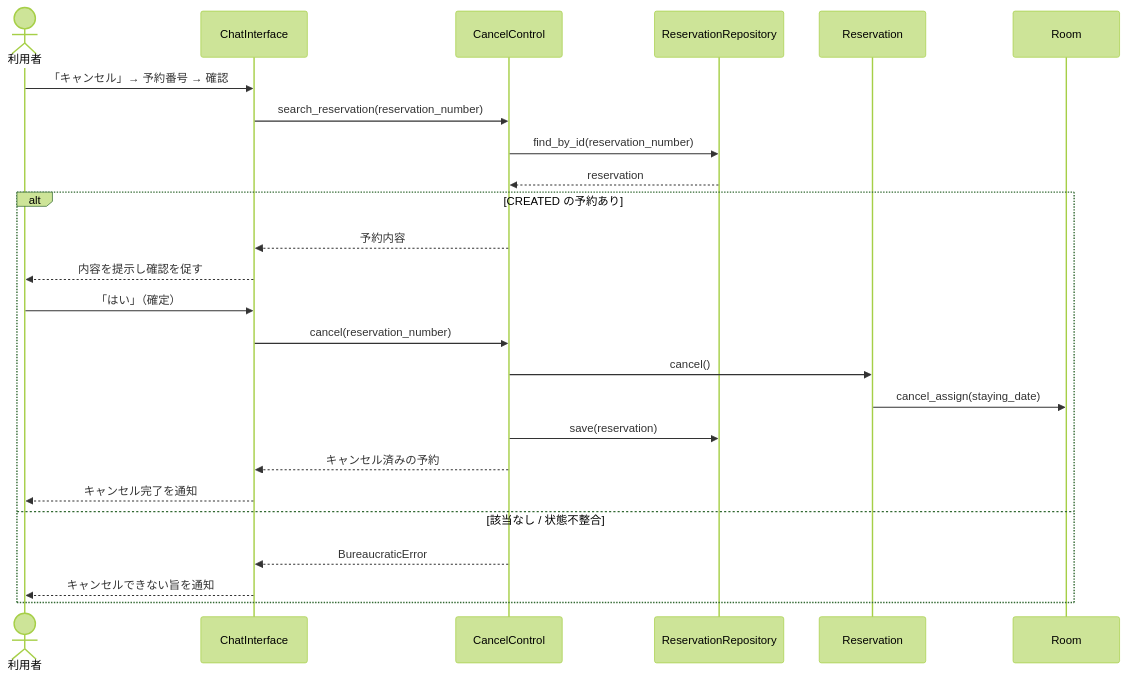
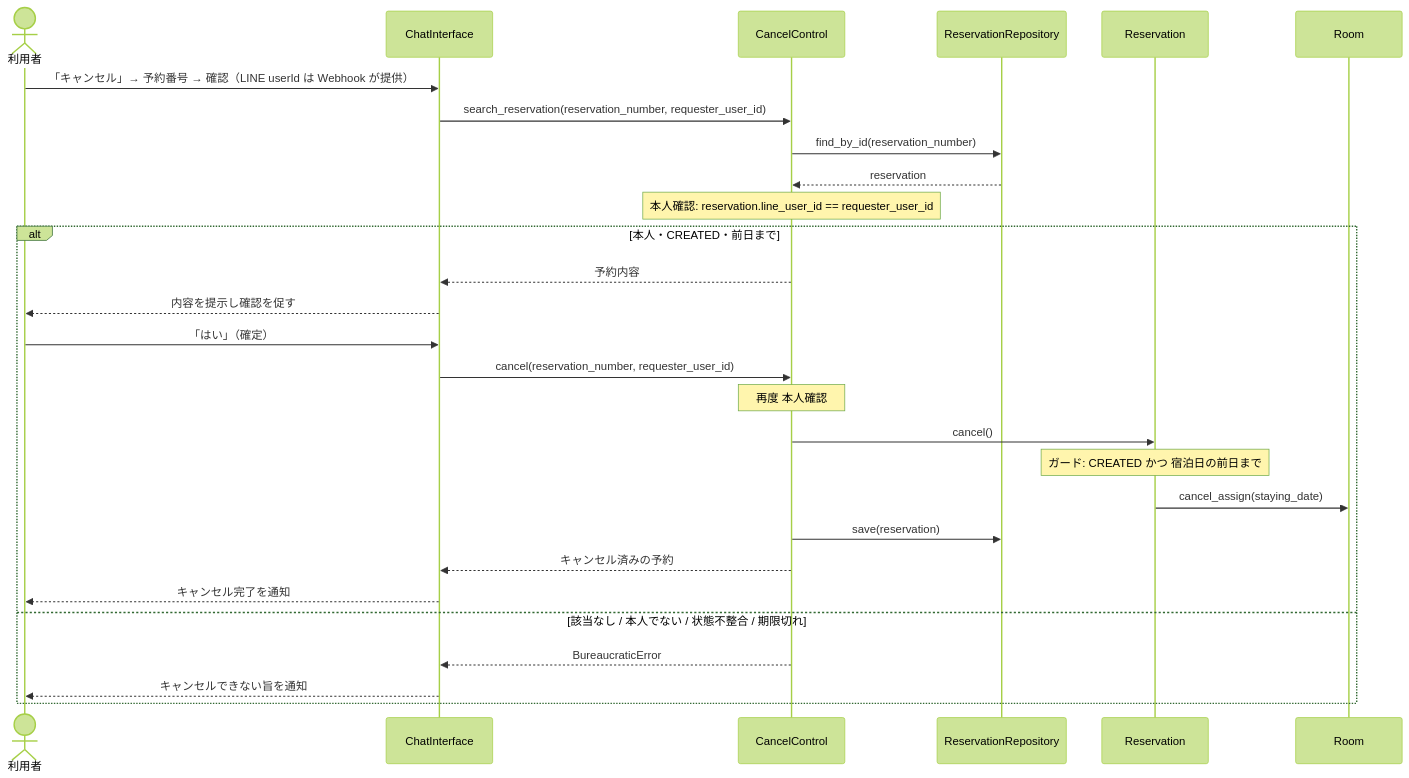
One commit to Kohki-tyl/HRS changed the third of 4 diagrams in Cancel_Feature_Proposal.md. Above: the diagram before and after it, drawn with Mermaid (forest theme). The commit also changed other lines of this file, not shown here.

First line of the commit message:
キャンセル提案に本人確認（LINE userId）と前日までの期限を反映

````diff
--- a/Cancel_Feature_Proposal.md
+++ b/Cancel_Feature_Proposal.md
@@ -145,28 +153,31 @@
 ```mermaid
 sequenceDiagram
     actor U as 利用者
     participant CI as ChatInterface
     participant CC as CancelControl
     participant REPO as ReservationRepository
     participant RV as Reservation
     participant RM as Room
 
-    U->>CI: 「キャンセル」→ 予約番号 → 確認
-    CI->>CC: search_reservation(reservation_number)
+    U->>CI: 「キャンセル」→ 予約番号 → 確認（LINE userId は Webhook が提供）
+    CI->>CC: search_reservation(reservation_number, requester_user_id)
     CC->>REPO: find_by_id(reservation_number)
     REPO-->>CC: reservation
-    alt CREATED の予約あり
+    Note over CC: 本人確認: reservation.line_user_id == requester_user_id
+    alt 本人・CREATED・前日まで
         CC-->>CI: 予約内容
         CI-->>U: 内容を提示し確認を促す
         U->>CI: 「はい」（確定）
-        CI->>CC: cancel(reservation_number)
+        CI->>CC: cancel(reservation_number, requester_user_id)
+        Note over CC: 再度 本人確認
         CC->>RV: cancel()
+        Note over RV: ガード: CREATED かつ 宿泊日の前日まで
         RV->>RM: cancel_assign(staying_date)
         CC->>REPO: save(reservation)
         CC-->>CI: キャンセル済みの予約
         CI-->>U: キャンセル完了を通知
-    else 該当なし / 状態不整合
+    else 該当なし / 本人でない / 状態不整合 / 期限切れ
         CC-->>CI: BureaucraticError
         CI-->>U: キャンセルできない旨を通知
     end
 ```
````
